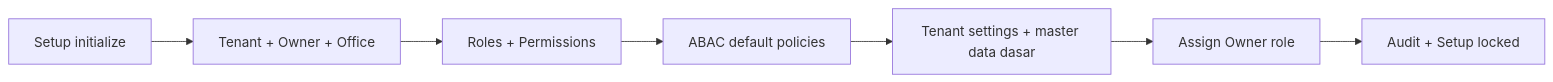
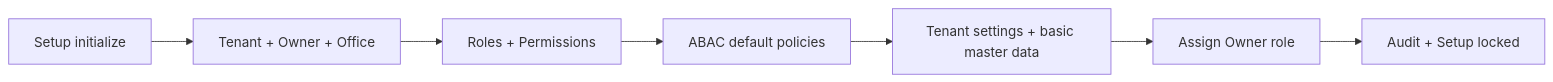
One commit to ahliweb/awcms changed the third of 3 diagrams in docs/awcms/17_default_seed_rbac_abac.md. Above: the diagram before and after it, drawn with Mermaid. The commit also changed other lines of this file and 603 other files, not shown here.

````diff
--- a/docs/awcms/17_default_seed_rbac_abac.md
+++ b/docs/awcms/17_default_seed_rbac_abac.md
@@ -184,9 +186,9 @@
 ```mermaid
 flowchart LR
   A[Setup initialize] --> B[Tenant + Owner + Office]
   B --> C[Roles + Permissions]
   C --> D[ABAC default policies]
-  D --> E[Tenant settings + master data dasar]
+  D --> E[Tenant settings + basic master data]
   E --> F[Assign Owner role]
   F --> G[Audit + Setup locked]
 ```
````
